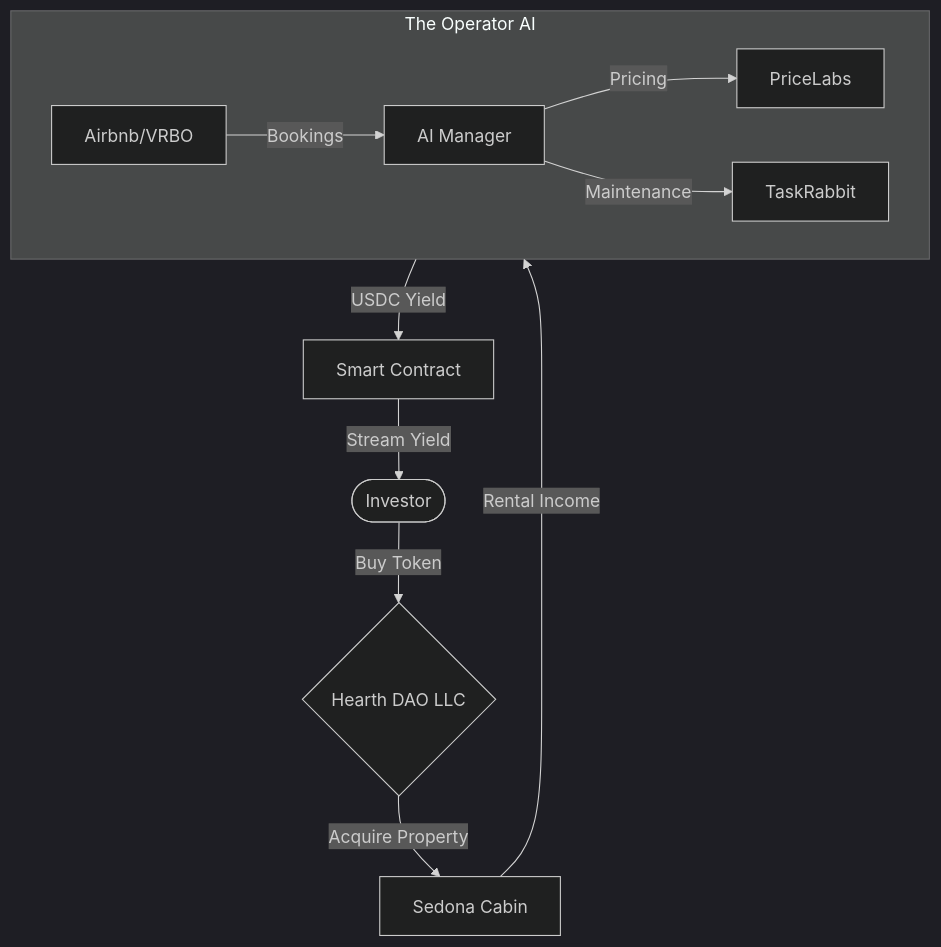
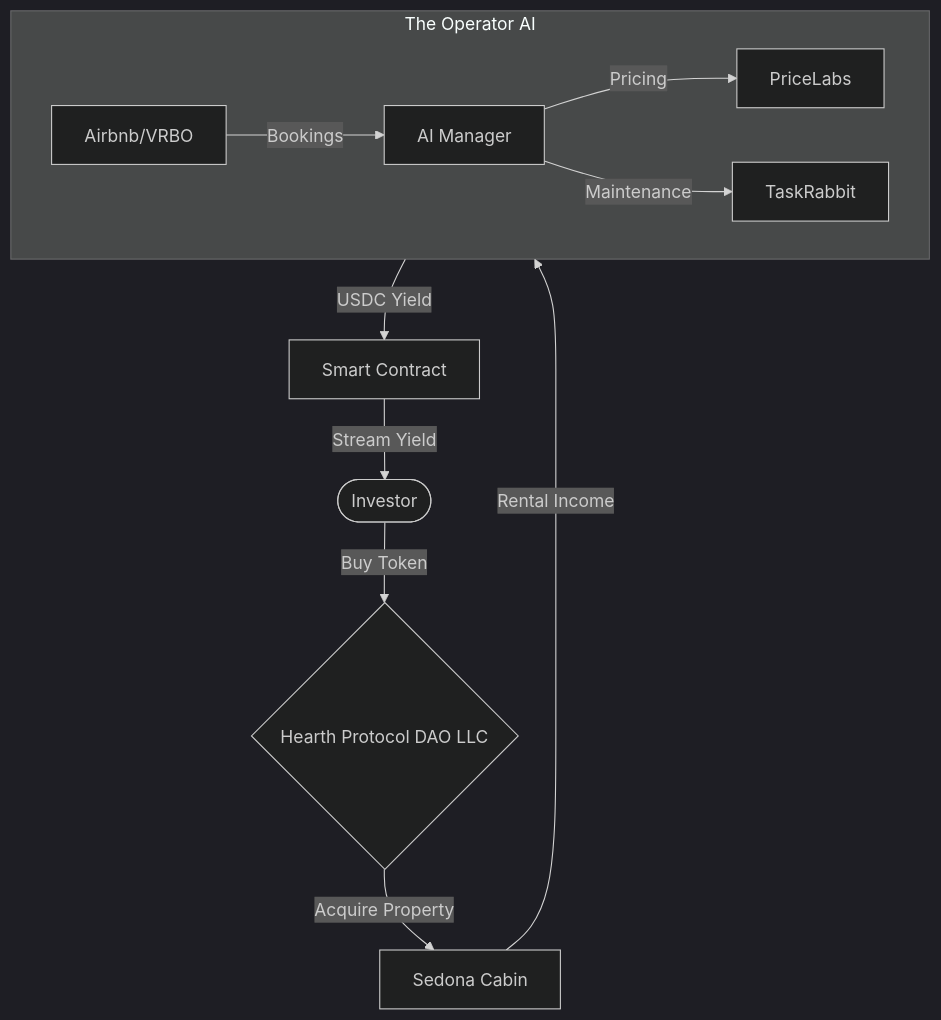
The diagram in docs/HEARTH_Architecture.md (seva/hearth-interface), drawn with Mermaid (dark theme) before and after one commit. The commit also changed other lines of this file and 14 other files, not shown here.

First line of the commit message:
chore: rename brand from Hearth Protocol to Hearth DAO (Fixes #30)

````diff
--- a/docs/HEARTH_Architecture.md
+++ b/docs/HEARTH_Architecture.md
@@ -3,15 +3,15 @@
 ```mermaid
 graph TD
-    User([Investor]) -->|Buy Token| DAO{Hearth DAO LLC}
+    User([Investor]) -->|Buy Token| DAO{Hearth Protocol DAO LLC}
     DAO -->|Acquire Property| Property[Sedona Cabin]
     
     subgraph Ops [The Operator AI]
         API[Airbnb/VRBO] -->|Bookings| Agent[AI Manager]
         Agent -->|Pricing| Dynamic[PriceLabs]
         Agent -->|Maintenance| Vendor[TaskRabbit]
     end
     
     Property -->|Rental Income| Ops
     Ops -->|USDC Yield| Contract[Smart Contract]
     Contract -->|Stream Yield| User
 ```
````
